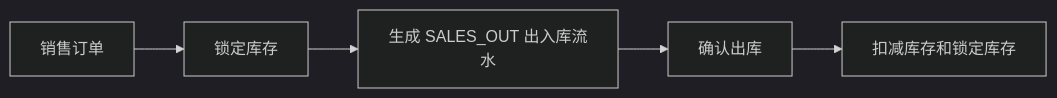
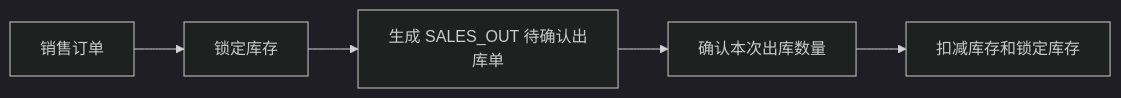
The third of 3 diagrams in docs/erp-core-architecture-thinking.md (LI-S-H/qiheng-erp), drawn with Mermaid (dark theme) before and after one commit. The commit also changed other lines of this file and 74 other files, not shown here.

````diff
--- a/docs/erp-core-architecture-thinking.md
+++ b/docs/erp-core-architecture-thinking.md
@@ -161,7 +161,7 @@
 ```mermaid
 flowchart LR
     A["销售订单"] --> B["锁定库存"]
-    B --> C["生成 SALES_OUT 出入库流水"]
-    C --> D["确认出库"]
+    B --> C["生成 SALES_OUT 待确认出库单"]
+    C --> D["确认本次出库数量"]
     D --> E["扣减库存和锁定库存"]
 ```
````
